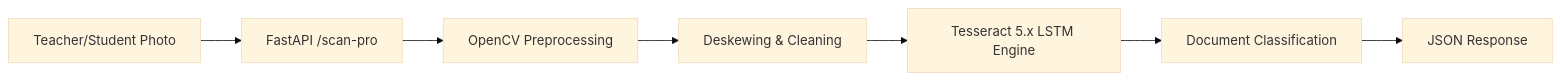
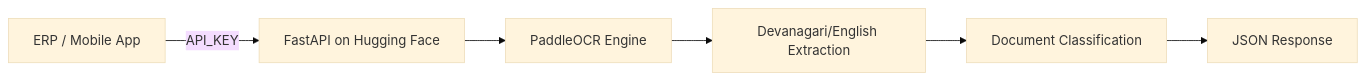
Before and after one commit to Rup22784esh/school-erp-ocr: the diagram in README.md, drawn with Mermaid (base theme). The commit also changed other lines of this file and 4 other files, not shown here.

Commit message:
Migrate to PaddleOCR for Hugging Face Spaces (16GB RAM) and add API security

````diff
--- a/README.md
+++ b/README.md
@@ -31,9 +31,8 @@
 ```mermaid
 graph LR
-A[Teacher/Student Photo] --> B[FastAPI /scan-pro]
-B --> C[OpenCV Preprocessing]
-C --> D[Deskewing & Cleaning]
-D --> E[Tesseract 5.x LSTM Engine]
-E --> F[Document Classification]
-F --> G[JSON Response]
+A[ERP / Mobile App] -- API_KEY --> B[FastAPI on Hugging Face]
+B --> C[PaddleOCR Engine]
+C --> D[Devanagari/English Extraction]
+D --> E[Document Classification]
+E --> F[JSON Response]
 ```
````
